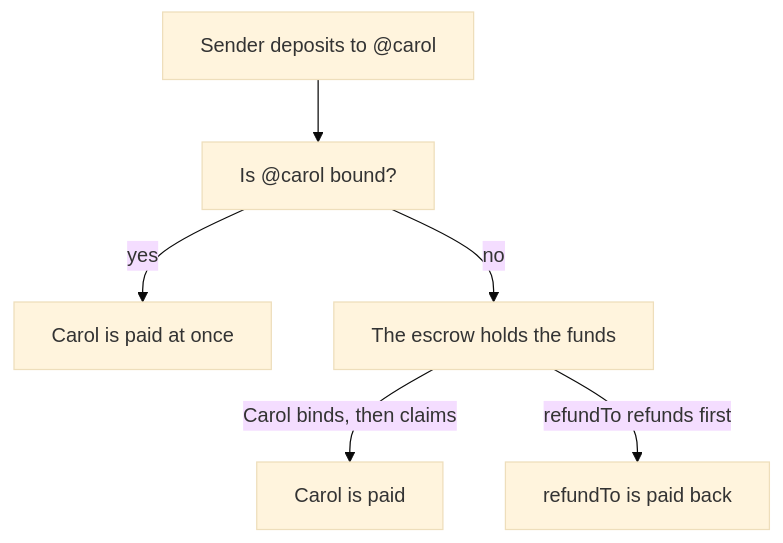
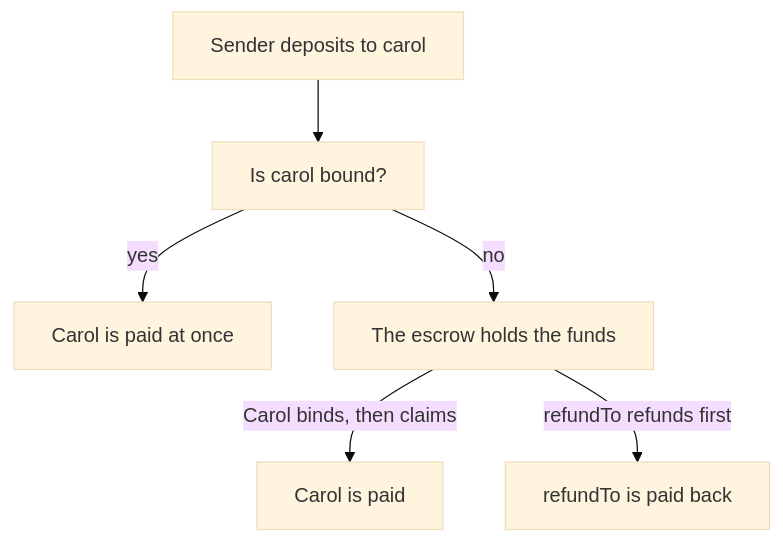
Before and after one commit to libid-org/libID: the diagram in docs/pages/guides/pay-a-handle.md, drawn with Mermaid (base theme). The commit also changed other lines of this file and 25 other files, not shown here.

````diff
--- a/docs/pages/guides/pay-a-handle.md
+++ b/docs/pages/guides/pay-a-handle.md
@@ -13,8 +13,8 @@
 ```mermaid
 flowchart TD
-  D["Sender deposits to @carol"] --> Q["Is @carol bound?"]
+  D["Sender deposits to carol"] --> Q["Is carol bound?"]
   Q -- yes --> F["Carol is paid at once"]
   Q -- no --> H["The escrow holds the funds"]
   H -- "Carol binds, then claims" --> C["Carol is paid"]
   H -- "refundTo refunds first" --> R["refundTo is paid back"]
 ```
````
